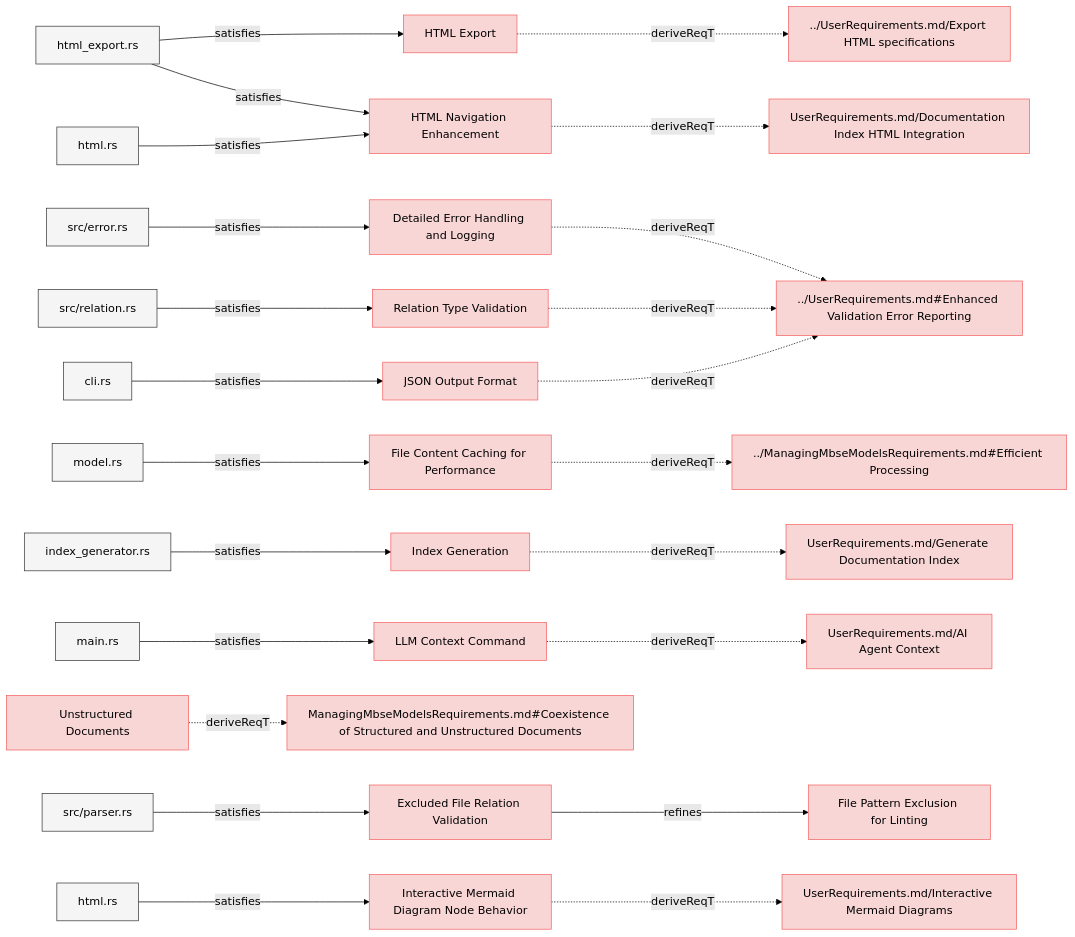
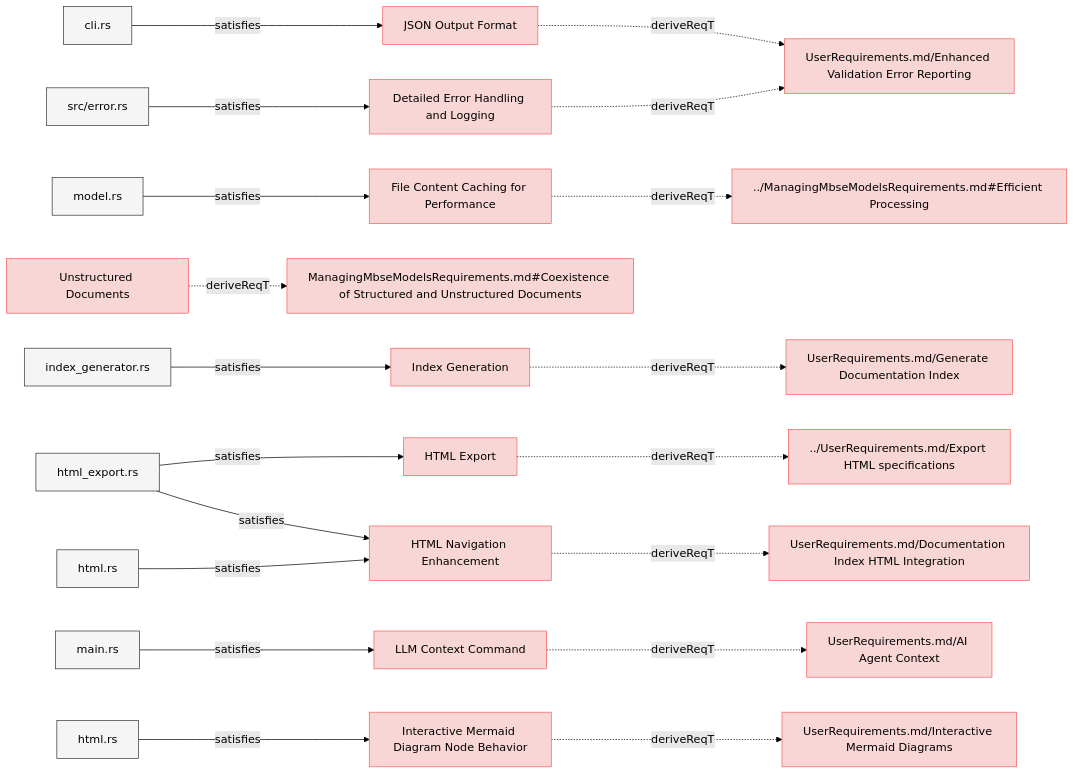
Before and after one commit to reqvire-org/reqvire: the third of 8 diagrams in specifications/SystemRequirements/Requirements.md, drawn with Mermaid (forest theme). The commit also changed other lines of this file and 17 other files, not shown here.

First line of the commit message:
Enhance diagram links with stable git repository URLs

````diff
--- a/specifications/SystemRequirements/Requirements.md
+++ b/specifications/SystemRequirements/Requirements.md
@@ -236,116 +236,97 @@
   classDef externalLink fill:#d0e0ff,stroke:#3080ff,stroke-width:1px;
   classDef default fill:#f5f5f5,stroke:#333333,stroke-width:1px;
 
+  5ec6a2668bddf0e["JSON Output Format"];
+  click 5ec6a2668bddf0e "https://github.com/ilijaljubicic/ReqFlow/blob/a94231473c9a4a56fe21608ebd13787e0cc3f2dc/specifications/SystemRequirements/Requirements.md#json-output-format";
+  class 5ec6a2668bddf0e requirement;
+  7cf5cf9900076be6["UserRequirements.md/Enhanced Validation Error Reporting"];
+  class 7cf5cf9900076be6 requirement;
+  click 7cf5cf9900076be6 "https://github.com/ilijaljubicic/ReqFlow/blob/a94231473c9a4a56fe21608ebd13787e0cc3f2dc/specifications/UserRequirements.md#enhanced-validation-error-reporting";
+  5ec6a2668bddf0e -.->|deriveReqT| 7cf5cf9900076be6;
+  11ffc4632afd7c4c["cli.rs"];
+  class 11ffc4632afd7c4c default;
+  click 11ffc4632afd7c4c "https://github.com/ilijaljubicic/ReqFlow/blob/a94231473c9a4a56fe21608ebd13787e0cc3f2dc/cli/src/cli.rs";
+  11ffc4632afd7c4c -->|satisfies| 5ec6a2668bddf0e;
+  98bd2bd6bdf5bf97["File Content Caching for Performance"];
+  click 98bd2bd6bdf5bf97 "https://github.com/ilijaljubicic/ReqFlow/blob/a94231473c9a4a56fe21608ebd13787e0cc3f2dc/specifications/SystemRequirements/Requirements.md#file-content-caching-for-performance";
+  class 98bd2bd6bdf5bf97 requirement;
+  21e4eb87cb55ea5e["../ManagingMbseModelsRequirements.md#Efficient Processing"];
+  class 21e4eb87cb55ea5e requirement;
+  click 21e4eb87cb55ea5e "https://github.com/ilijaljubicic/ReqFlow/blob/a94231473c9a4a56fe21608ebd13787e0cc3f2dc/specifications/ManagingMbseModelsRequirements.md#efficient-processing";
+  98bd2bd6bdf5bf97 -.->|deriveReqT| 21e4eb87cb55ea5e;
+  6136c216c9f80165["model.rs"];
+  class 6136c216c9f80165 default;
+  click 6136c216c9f80165 "https://github.com/ilijaljubicic/ReqFlow/blob/a94231473c9a4a56fe21608ebd13787e0cc3f2dc/core/src/model.rs";
+  6136c216c9f80165 -->|satisfies| 98bd2bd6bdf5bf97;
+  bdfd9d65e46117e7["Detailed Error Handling and Logging"];
+  click bdfd9d65e46117e7 "https://github.com/ilijaljubicic/ReqFlow/blob/a94231473c9a4a56fe21608ebd13787e0cc3f2dc/specifications/SystemRequirements/Requirements.md#detailed-error-handling-and-logging";
+  class bdfd9d65e46117e7 requirement;
+  bdfd9d65e46117e7 -.->|deriveReqT| 7cf5cf9900076be6;
+  8cd8a561b4c440e3["src/error.rs"];
+  class 8cd8a561b4c440e3 default;
+  click 8cd8a561b4c440e3 "https://github.com/ilijaljubicic/ReqFlow/blob/a94231473c9a4a56fe21608ebd13787e0cc3f2dc/core/src/error.rs";
+  8cd8a561b4c440e3 -->|satisfies| bdfd9d65e46117e7;
+  5a1719a2649b9922["Unstructured Documents"];
+  click 5a1719a2649b9922 "https://github.com/ilijaljubicic/ReqFlow/blob/a94231473c9a4a56fe21608ebd13787e0cc3f2dc/specifications/SystemRequirements/Requirements.md#unstructured-documents";
+  class 5a1719a2649b9922 requirement;
+  daadd8e583647e4f["ManagingMbseModelsRequirements.md#Coexistence of Structured and Unstructured Documents"];
+  class daadd8e583647e4f requirement;
+  click daadd8e583647e4f "https://github.com/ilijaljubicic/ReqFlow/blob/a94231473c9a4a56fe21608ebd13787e0cc3f2dc/specifications/ManagingMbseModelsRequirements.md#coexistence-of-structured-and-unstructured-documents";
+  5a1719a2649b9922 -.->|deriveReqT| daadd8e583647e4f;
+  8acd24c7c228637b["Index Generation"];
+  click 8acd24c7c228637b "https://github.com/ilijaljubicic/ReqFlow/blob/a94231473c9a4a56fe21608ebd13787e0cc3f2dc/specifications/SystemRequirements/Requirements.md#index-generation";
+  class 8acd24c7c228637b requirement;
+  f5b5eaeb28c5a7b1["UserRequirements.md/Generate Documentation Index"];
+  class f5b5eaeb28c5a7b1 requirement;
+  click f5b5eaeb28c5a7b1 "https://github.com/ilijaljubicic/ReqFlow/blob/a94231473c9a4a56fe21608ebd13787e0cc3f2dc/specifications/UserRequirements.md#generate-documentation-index";
+  8acd24c7c228637b -.->|deriveReqT| f5b5eaeb28c5a7b1;
+  3ef6afafe29becbc["index_generator.rs"];
+  class 3ef6afafe29becbc default;
+  click 3ef6afafe29becbc "https://github.com/ilijaljubicic/ReqFlow/blob/a94231473c9a4a56fe21608ebd13787e0cc3f2dc/core/src/index_generator.rs";
+  3ef6afafe29becbc -->|satisfies| 8acd24c7c228637b;
   c8b6ccc187b0a27e["HTML Export"];
-  click c8b6ccc187b0a27e "Requirements.md#html-export";
+  click c8b6ccc187b0a27e "https://github.com/ilijaljubicic/ReqFlow/blob/a94231473c9a4a56fe21608ebd13787e0cc3f2dc/specifications/SystemRequirements/Requirements.md#html-export";
   class c8b6ccc187b0a27e requirement;
   72c7eda6183f0893["../UserRequirements.md/Export HTML specifications"];
   class 72c7eda6183f0893 requirement;
-  click 72c7eda6183f0893 "../UserRequirements.md#export-html-specifications";
+  click 72c7eda6183f0893 "https://github.com/ilijaljubicic/ReqFlow/blob/a94231473c9a4a56fe21608ebd13787e0cc3f2dc/specifications/UserRequirements.md#export-html-specifications";
   c8b6ccc187b0a27e -.->|deriveReqT| 72c7eda6183f0893;
   8cb11d152f3b9d2d["html_export.rs"];
   class 8cb11d152f3b9d2d default;
-  click 8cb11d152f3b9d2d "../../core/src/html_export.rs";
+  click 8cb11d152f3b9d2d "https://github.com/ilijaljubicic/ReqFlow/blob/a94231473c9a4a56fe21608ebd13787e0cc3f2dc/core/src/html_export.rs";
   8cb11d152f3b9d2d -->|satisfies| c8b6ccc187b0a27e;
-  bdfd9d65e46117e7["Detailed Error Handling and Logging"];
-  click bdfd9d65e46117e7 "Requirements.md#detailed-error-handling-and-logging";
-  class bdfd9d65e46117e7 requirement;
-  7cf5cf9900076be6["../UserRequirements.md#Enhanced Validation Error Reporting"];
-  class 7cf5cf9900076be6 requirement;
-  click 7cf5cf9900076be6 "../UserRequirements.md#enhanced-validation-error-reporting";
-  bdfd9d65e46117e7 -.->|deriveReqT| 7cf5cf9900076be6;
-  8cd8a561b4c440e3["src/error.rs"];
-  class 8cd8a561b4c440e3 default;
-  click 8cd8a561b4c440e3 "../../core/src/error.rs";
-  8cd8a561b4c440e3 -->|satisfies| bdfd9d65e46117e7;
-  5870488e00ee4f36["Relation Type Validation"];
-  click 5870488e00ee4f36 "Requirements.md#relation-type-validation";
-  class 5870488e00ee4f36 requirement;
-  5870488e00ee4f36 -.->|deriveReqT| 7cf5cf9900076be6;
-  ed4f94bde93b51b2["src/relation.rs"];
-  class ed4f94bde93b51b2 default;
-  click ed4f94bde93b51b2 "../../core/src/relation.rs";
-  ed4f94bde93b51b2 -->|satisfies| 5870488e00ee4f36;
-  98bd2bd6bdf5bf97["File Content Caching for Performance"];
-  click 98bd2bd6bdf5bf97 "Requirements.md#file-content-caching-for-performance";
-  class 98bd2bd6bdf5bf97 requirement;
-  21e4eb87cb55ea5e["../ManagingMbseModelsRequirements.md#Efficient Processing"];
-  class 21e4eb87cb55ea5e requirement;
-  click 21e4eb87cb55ea5e "../ManagingMbseModelsRequirements.md#efficient-processing";
-  98bd2bd6bdf5bf97 -.->|deriveReqT| 21e4eb87cb55ea5e;
-  6136c216c9f80165["model.rs"];
-  class 6136c216c9f80165 default;
-  click 6136c216c9f80165 "../../core/src/model.rs";
-  6136c216c9f80165 -->|satisfies| 98bd2bd6bdf5bf97;
-  8acd24c7c228637b["Index Generation"];
-  click 8acd24c7c228637b "Requirements.md#index-generation";
-  class 8acd24c7c228637b requirement;
-  f5b5eaeb28c5a7b1["UserRequirements.md/Generate Documentation Index"];
-  class f5b5eaeb28c5a7b1 requirement;
-  click f5b5eaeb28c5a7b1 "../UserRequirements.md#generate-documentation-index";
-  8acd24c7c228637b -.->|deriveReqT| f5b5eaeb28c5a7b1;
-  3ef6afafe29becbc["index_generator.rs"];
-  class 3ef6afafe29becbc default;
-  click 3ef6afafe29becbc "../../core/src/index_generator.rs";
-  3ef6afafe29becbc -->|satisfies| 8acd24c7c228637b;
+  86e0701b6ce7de0b["HTML Navigation Enhancement"];
+  click 86e0701b6ce7de0b "https://github.com/ilijaljubicic/ReqFlow/blob/a94231473c9a4a56fe21608ebd13787e0cc3f2dc/specifications/SystemRequirements/Requirements.md#html-navigation-enhancement";
+  class 86e0701b6ce7de0b requirement;
+  e1c89b5d94837122["UserRequirements.md/Documentation Index HTML Integration"];
+  class e1c89b5d94837122 requirement;
+  click e1c89b5d94837122 "https://github.com/ilijaljubicic/ReqFlow/blob/a94231473c9a4a56fe21608ebd13787e0cc3f2dc/specifications/UserRequirements.md#documentation-index-html-integration";
+  86e0701b6ce7de0b -.->|deriveReqT| e1c89b5d94837122;
+  c788e5b84faa2ae3["html.rs"];
+  class c788e5b84faa2ae3 default;
+  click c788e5b84faa2ae3 "https://github.com/ilijaljubicic/ReqFlow/blob/a94231473c9a4a56fe21608ebd13787e0cc3f2dc/core/src/html.rs";
+  c788e5b84faa2ae3 -->|satisfies| 86e0701b6ce7de0b;
+  8cb11d152f3b9d2d -->|satisfies| 86e0701b6ce7de0b;
   8ba9c7e059799274["LLM Context Command"];
-  click 8ba9c7e059799274 "Requirements.md#llm-context-command";
+  click 8ba9c7e059799274 "https://github.com/ilijaljubicic/ReqFlow/blob/a94231473c9a4a56fe21608ebd13787e0cc3f2dc/specifications/SystemRequirements/Requirements.md#llm-context-command";
   class 8ba9c7e059799274 requirement;
   5a6fc253c51845b6["UserRequirements.md/AI Agent Context"];
   class 5a6fc253c51845b6 requirement;
-  click 5a6fc253c51845b6 "../UserRequirements.md#ai-agent-context";
+  click 5a6fc253c51845b6 "https://github.com/ilijaljubicic/ReqFlow/blob/a94231473c9a4a56fe21608ebd13787e0cc3f2dc/specifications/UserRequirements.md#ai-agent-context";
   8ba9c7e059799274 -.->|deriveReqT| 5a6fc253c51845b6;
   4a5edefd6e054300["main.rs"];
   class 4a5edefd6e054300 default;
-  click 4a5edefd6e054300 "../../cli/src/main.rs";
+  click 4a5edefd6e054300 "https://github.com/ilijaljubicic/ReqFlow/blob/a94231473c9a4a56fe21608ebd13787e0cc3f2dc/cli/src/main.rs";
   4a5edefd6e054300 -->|satisfies| 8ba9c7e059799274;
-  5ec6a2668bddf0e["JSON Output Format"];
-  click 5ec6a2668bddf0e "Requirements.md#json-output-format";
-  class 5ec6a2668bddf0e requirement;
-  5ec6a2668bddf0e -.->|deriveReqT| 7cf5cf9900076be6;
-  11ffc4632afd7c4c["cli.rs"];
-  class 11ffc4632afd7c4c default;
-  click 11ffc4632afd7c4c "../../cli/src/cli.rs";
-  11ffc4632afd7c4c -->|satisfies| 5ec6a2668bddf0e;
-  c5c85bedd1cf11e6["Excluded File Relation Validation"];
-  click c5c85bedd1cf11e6 "Requirements.md#excluded-file-relation-validation";
-  class c5c85bedd1cf11e6 requirement;
-  45770e9b319d3819["File Pattern Exclusion for Linting"];
-  class 45770e9b319d3819 requirement;
-  click 45770e9b319d3819 "Requirements.md#file-pattern-exclusion-for-linting";
-  c5c85bedd1cf11e6 -->|refines| 45770e9b319d3819;
-  3b1e87396caf6495["src/parser.rs"];
-  class 3b1e87396caf6495 default;
-  click 3b1e87396caf6495 "../../core/src/parser.rs";
-  3b1e87396caf6495 -->|satisfies| c5c85bedd1cf11e6;
-  5a1719a2649b9922["Unstructured Documents"];
-  click 5a1719a2649b9922 "Requirements.md#unstructured-documents";
-  class 5a1719a2649b9922 requirement;
-  daadd8e583647e4f["ManagingMbseModelsRequirements.md#Coexistence of Structured and Unstructured Documents"];
-  class daadd8e583647e4f requirement;
-  click daadd8e583647e4f "../ManagingMbseModelsRequirements.md#coexistence-of-structured-and-unstructured-documents";
-  5a1719a2649b9922 -.->|deriveReqT| daadd8e583647e4f;
-  86e0701b6ce7de0b["HTML Navigation Enhancement"];
-  click 86e0701b6ce7de0b "Requirements.md#html-navigation-enhancement";
-  class 86e0701b6ce7de0b requirement;
-  e1c89b5d94837122["UserRequirements.md/Documentation Index HTML Integration"];
-  class e1c89b5d94837122 requirement;
-  click e1c89b5d94837122 "../UserRequirements.md#documentation-index-html-integration";
-  86e0701b6ce7de0b -.->|deriveReqT| e1c89b5d94837122;
-  c788e5b84faa2ae3["html.rs"];
-  class c788e5b84faa2ae3 default;
-  click c788e5b84faa2ae3 "../../core/src/html.rs";
-  c788e5b84faa2ae3 -->|satisfies| 86e0701b6ce7de0b;
-  8cb11d152f3b9d2d -->|satisfies| 86e0701b6ce7de0b;
   7a8da8dfee910932["Interactive Mermaid Diagram Node Behavior"];
-  click 7a8da8dfee910932 "Requirements.md#interactive-mermaid-diagram-node-behavior";
+  click 7a8da8dfee910932 "https://github.com/ilijaljubicic/ReqFlow/blob/a94231473c9a4a56fe21608ebd13787e0cc3f2dc/specifications/SystemRequirements/Requirements.md#interactive-mermaid-diagram-node-behavior";
   class 7a8da8dfee910932 requirement;
   e867499409ae347a["UserRequirements.md/Interactive Mermaid Diagrams"];
   class e867499409ae347a requirement;
-  click e867499409ae347a "../UserRequirements.md#interactive-mermaid-diagrams";
+  click e867499409ae347a "https://github.com/ilijaljubicic/ReqFlow/blob/a94231473c9a4a56fe21608ebd13787e0cc3f2dc/specifications/UserRequirements.md#interactive-mermaid-diagrams";
   7a8da8dfee910932 -.->|deriveReqT| e867499409ae347a;
   d4240e29691d4b88["html.rs"];
   class d4240e29691d4b88 default;
-  click d4240e29691d4b88 "../../core/src/diagrams.rs";
+  click d4240e29691d4b88 "https://github.com/ilijaljubicic/ReqFlow/blob/a94231473c9a4a56fe21608ebd13787e0cc3f2dc/core/src/diagrams.rs";
   d4240e29691d4b88 -->|satisfies| 7a8da8dfee910932;
 ```
````
